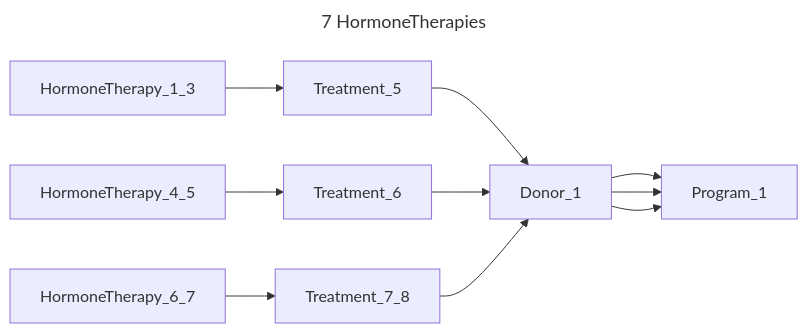
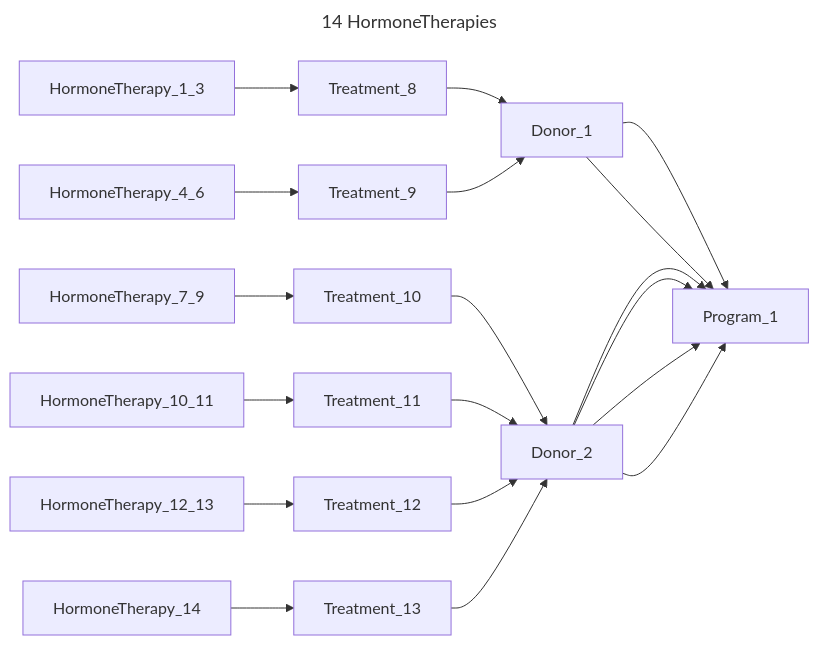
One commit to bento-platform/katsu changed the seventh of 14 diagrams in chord_metadata_service/mohpackets/data/small_dataset/README.md. Above: the diagram before and after it, drawn with Mermaid. The commit also changed other lines of this file, not shown here.

````diff
--- a/chord_metadata_service/mohpackets/data/small_dataset/README.md
+++ b/chord_metadata_service/mohpackets/data/small_dataset/README.md
@@ -100,9 +104,12 @@
 ```mermaid
 ---
-title: 7 HormoneTherapies
+title: 14 HormoneTherapies
 ---
 graph LR;  
-  HormoneTherapy_1_3 --> Treatment_5 --> Donor_1 --> Program_1;  
-  HormoneTherapy_4_5 --> Treatment_6 --> Donor_1 --> Program_1;  
-  HormoneTherapy_6_7 --> Treatment_7_8 --> Donor_1 --> Program_1;
+  HormoneTherapy_1_3 --> Treatment_8 --> Donor_1 --> Program_1;  
+  HormoneTherapy_4_6 --> Treatment_9 --> Donor_1 --> Program_1;  
+  HormoneTherapy_7_9 --> Treatment_10 --> Donor_2 --> Program_1;  
+  HormoneTherapy_10_11 --> Treatment_11 --> Donor_2 --> Program_1;  
+  HormoneTherapy_12_13 --> Treatment_12 --> Donor_2 --> Program_1;  
+  HormoneTherapy_14 --> Treatment_13 --> Donor_2 --> Program_1;   
 ```
````
